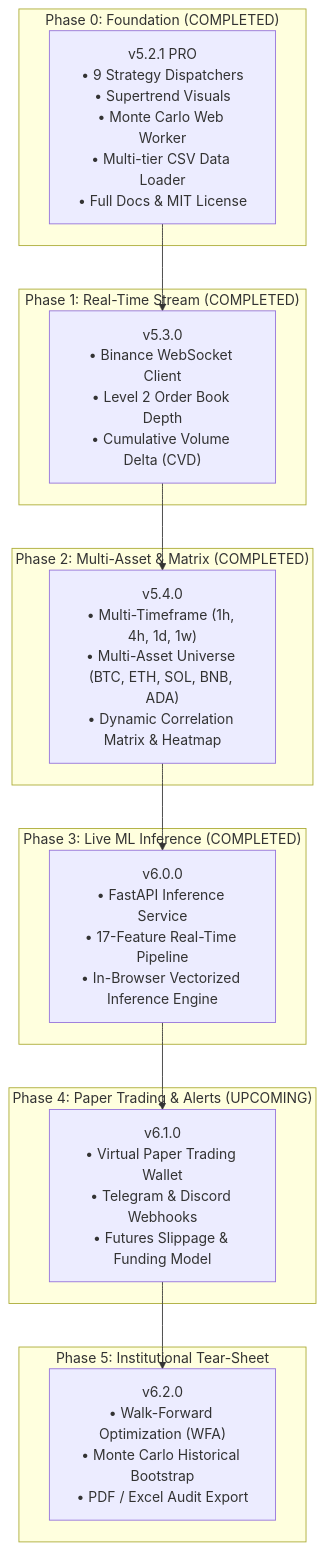
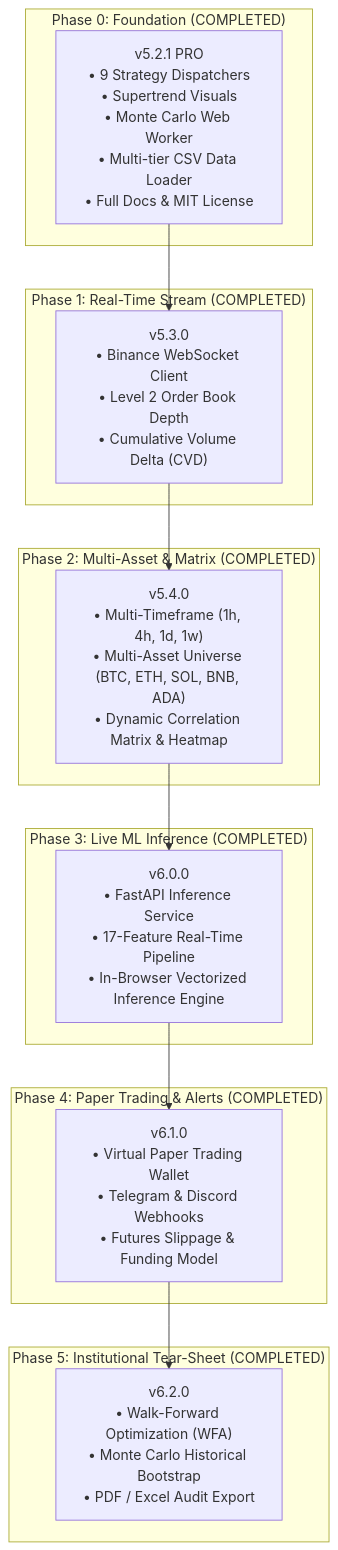
The diagram in ROADMAP.md (zakiafuadi925-ops/Quant_Trading_System), drawn with Mermaid before and after one commit.

Commit message:
docs(roadmap): update mermaid roadmap diagram to reflect completed phases

````diff
--- a/ROADMAP.md
+++ b/ROADMAP.md
@@ -15,32 +15,32 @@
 ```mermaid
 flowchart TD
     subgraph P0["Phase 0: Foundation (COMPLETED)"]
         A["v5.2.1 PRO<br/>• 9 Strategy Dispatchers<br/>• Supertrend Visuals<br/>• Monte Carlo Web Worker<br/>• Multi-tier CSV Data Loader<br/>• Full Docs & MIT License"]
     end
 
     subgraph P1["Phase 1: Real-Time Stream (COMPLETED)"]
         B["v5.3.0<br/>• Binance WebSocket Client<br/>• Level 2 Order Book Depth<br/>• Cumulative Volume Delta (CVD)"]
     end
 
     subgraph P2["Phase 2: Multi-Asset & Matrix (COMPLETED)"]
         C["v5.4.0<br/>• Multi-Timeframe (1h, 4h, 1d, 1w)<br/>• Multi-Asset Universe (BTC, ETH, SOL, BNB, ADA)<br/>• Dynamic Correlation Matrix & Heatmap"]
     end
 
     subgraph P3["Phase 3: Live ML Inference (COMPLETED)"]
         D["v6.0.0<br/>• FastAPI Inference Service<br/>• 17-Feature Real-Time Pipeline<br/>• In-Browser Vectorized Inference Engine"]
     end
 
-    subgraph P4["Phase 4: Paper Trading & Alerts (UPCOMING)"]
+    subgraph P4["Phase 4: Paper Trading & Alerts (COMPLETED)"]
         E["v6.1.0<br/>• Virtual Paper Trading Wallet<br/>• Telegram & Discord Webhooks<br/>• Futures Slippage & Funding Model"]
     end
 
-    subgraph P5["Phase 5: Institutional Tear-Sheet"]
+    subgraph P5["Phase 5: Institutional Tear-Sheet (COMPLETED)"]
         F["v6.2.0<br/>• Walk-Forward Optimization (WFA)<br/>• Monte Carlo Historical Bootstrap<br/>• PDF / Excel Audit Export"]
     end
 
     A --> B
     B --> C
     C --> D
     D --> E
     E --> F
 ```
````
